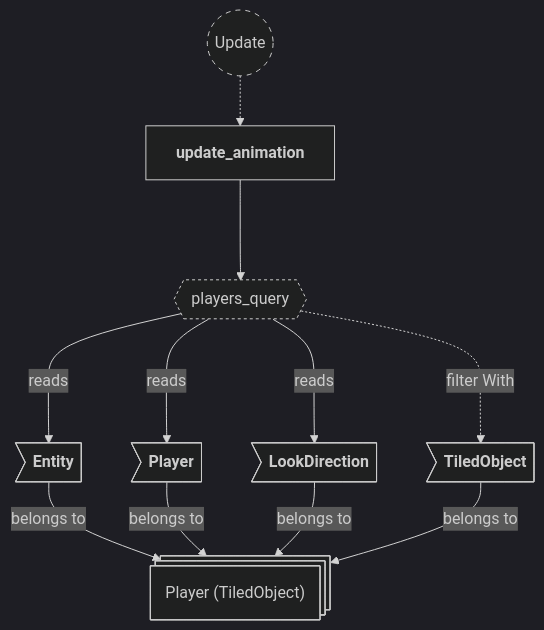
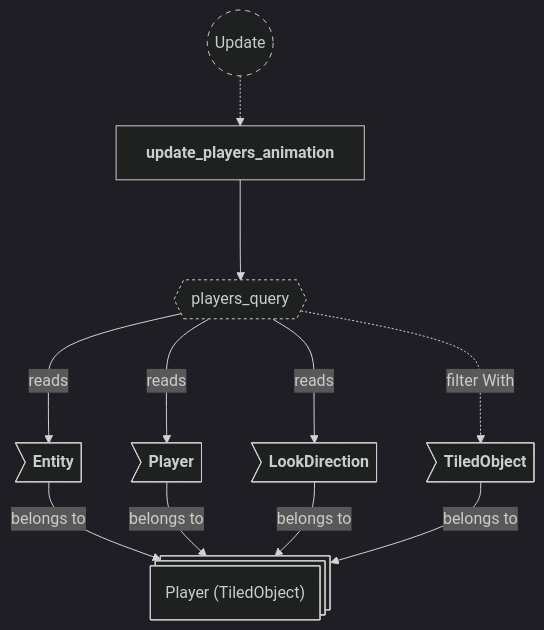
One commit to neurosoup/tyled changed the fourth of 16 diagrams in backlog/docs/doc-5 - 004-Animations-plugin.md. Above: the diagram before and after it, drawn with Mermaid. The commit also changed other lines of this file and 11 other files, not shown here.

````diff
--- a/backlog/docs/doc-5 - 004-Animations-plugin.md
+++ b/backlog/docs/doc-5 - 004-Animations-plugin.md
@@ -112,30 +164,30 @@
 ```mermaid
 ---
 config:
   theme: dark
 ---
 
 flowchart TD
 classDef system-group stroke-dasharray: 5 5
 classDef query stroke-dasharray: 3 3
 
 update(("`Update`")):::system-group
-update_animation["`**update_animation**`"]
+update_players_animation["`**update_players_animation**`"]
 
-update -.-> update_animation
+update -.-> update_players_animation
 
 players_query{{"`players_query`"}}:::query
-update_animation ---> players_query
+update_players_animation ---> players_query
 
 player_entity@{ shape: st-rect, label: "Player (TiledObject)" }
 
 pe_entity>"`**Entity**`"] --> |belongs to| player_entity
 pe_player>"`**Player**`"] --> |belongs to| player_entity
 pe_look_direction>"`**LookDirection**`"] --> |belongs to| player_entity
 pe_tiled_object>"`**TiledObject**`"] --> |belongs to| player_entity
 
 players_query ---> |reads| pe_entity
 players_query ---> |reads| pe_player
 players_query ---> |reads| pe_look_direction
 players_query -..-> |filter With| pe_tiled_object
 ```
````
